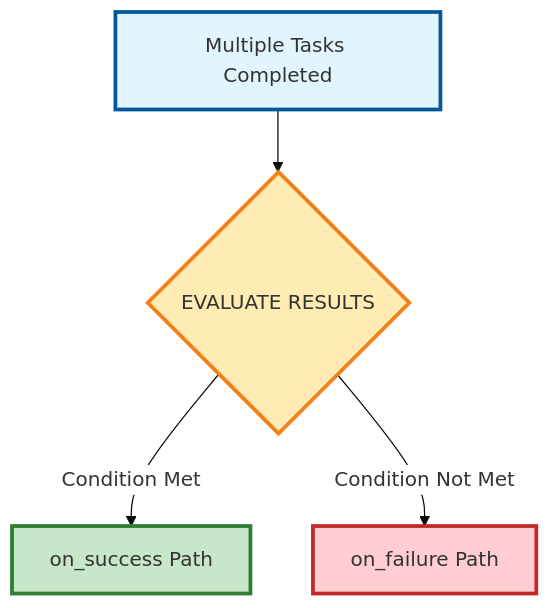
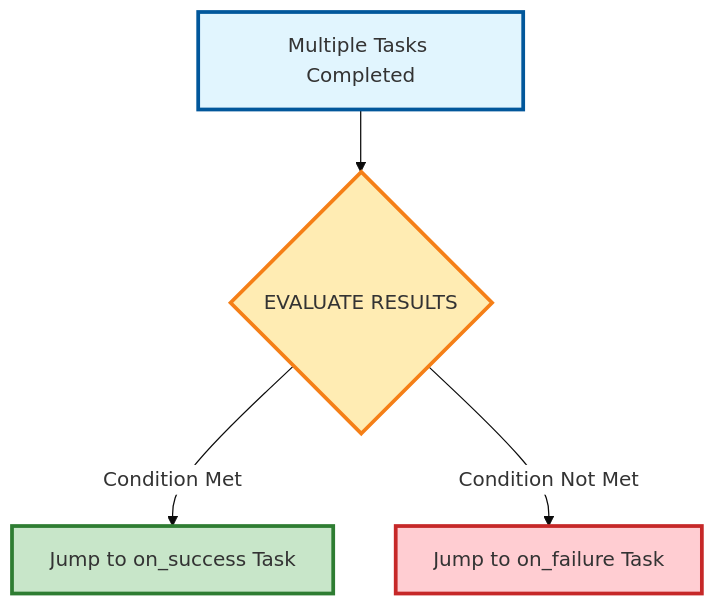
One commit to bastelbude1/Tasker changed diagram 11 of 15 in TaskER_FlowChart.md. Above: the diagram before and after it, drawn with Mermaid. The commit also changed other lines of this file, not shown here.

First line of the commit message:
Major: Split Multi-Task Success Evaluation into two distinct blocks

````diff
--- a/TaskER_FlowChart.md
+++ b/TaskER_FlowChart.md
@@ -507,12 +560,12 @@
 ```mermaid
 %%{init: {'theme':'base', 'themeVariables': {'primaryColor':'#ffffff'}}}%%
 flowchart TD
     A[Multiple Tasks Completed] --> B{EVALUATE RESULTS}
-    B -->|Condition Met| C[on_success Path]
-    B -->|Condition Not Met| D[on_failure Path]
+    B -->|Condition Met| C[Jump to on_success Task]
+    B -->|Condition Not Met| D[Jump to on_failure Task]
 
     style A fill:#e1f5fe,stroke:#01579b,stroke-width:3px
     style B fill:#ffecb3,stroke:#f57f17,stroke-width:3px
     style C fill:#c8e6c9,stroke:#2e7d32,stroke-width:3px
     style D fill:#ffcdd2,stroke:#c62828,stroke-width:3px
 ```
````
